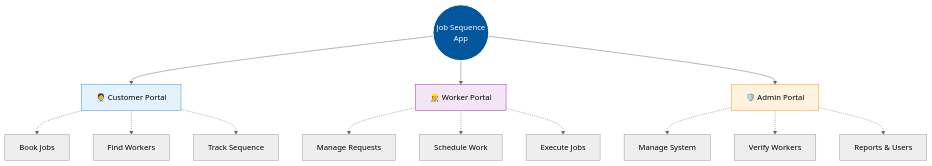
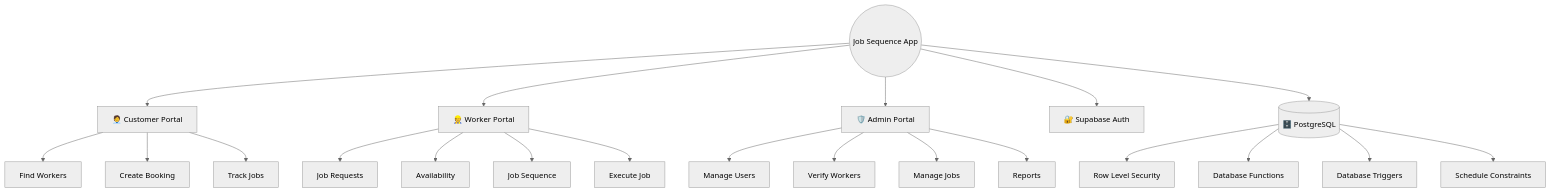
One commit to Dhodiapreet/job-sequence-app changed the first of 5 diagrams in README.md. Above: the diagram before and after it, drawn with Mermaid (neutral theme). The commit also changed other lines of this file, not shown here.

````diff
--- a/README.md
+++ b/README.md
@@ -49,25 +68,31 @@
 ```mermaid
 graph TD
-    App((Job Sequence<br/>App))
-    
-    App --> Cust[🧑‍💼 Customer Portal]
-    App --> Work[👷 Worker Portal]
-    App --> Adm[🛡️ Admin Portal]
 
-    Cust -.-> C1[Book Jobs]
-    Cust -.-> C2[Find Workers]
-    Cust -.-> C3[Track Sequence]
+    App((Job Sequence App))
 
-    Work -.-> W1[Manage Requests]
-    Work -.-> W2[Schedule Work]
-    Work -.-> W3[Execute Jobs]
+    App --> Customer[🧑‍💼 Customer Portal]
+    App --> Worker[👷 Worker Portal]
+    App --> Admin[🛡️ Admin Portal]
 
-    Adm -.-> A1[Manage System]
-    Adm -.-> A2[Verify Workers]
-    Adm -.-> A3[Reports & Users]
-    
-    style App fill:#02569B,stroke:#fff,stroke-width:2px,color:#fff
-    style Cust fill:#E3F2FD,stroke:#2196F3,color:#000
-    style Work fill:#F3E5F5,stroke:#9C27B0,color:#000
-    style Adm fill:#FFF3E0,stroke:#FF9800,color:#000
+    Customer --> C1[Find Workers]
+    Customer --> C2[Create Booking]
+    Customer --> C3[Track Jobs]
+
+    Worker --> W1[Job Requests]
+    Worker --> W2[Availability]
+    Worker --> W3[Job Sequence]
+    Worker --> W4[Execute Job]
+
+    Admin --> A1[Manage Users]
+    Admin --> A2[Verify Workers]
+    Admin --> A3[Manage Jobs]
+    Admin --> A4[Reports]
+
+    App --> Auth[🔐 Supabase Auth]
+    App --> DB[(🗄️ PostgreSQL)]
+
+    DB --> RLS[Row Level Security]
+    DB --> Functions[Database Functions]
+    DB --> Triggers[Database Triggers]
+    DB --> Constraints[Schedule Constraints]
 ```
````
